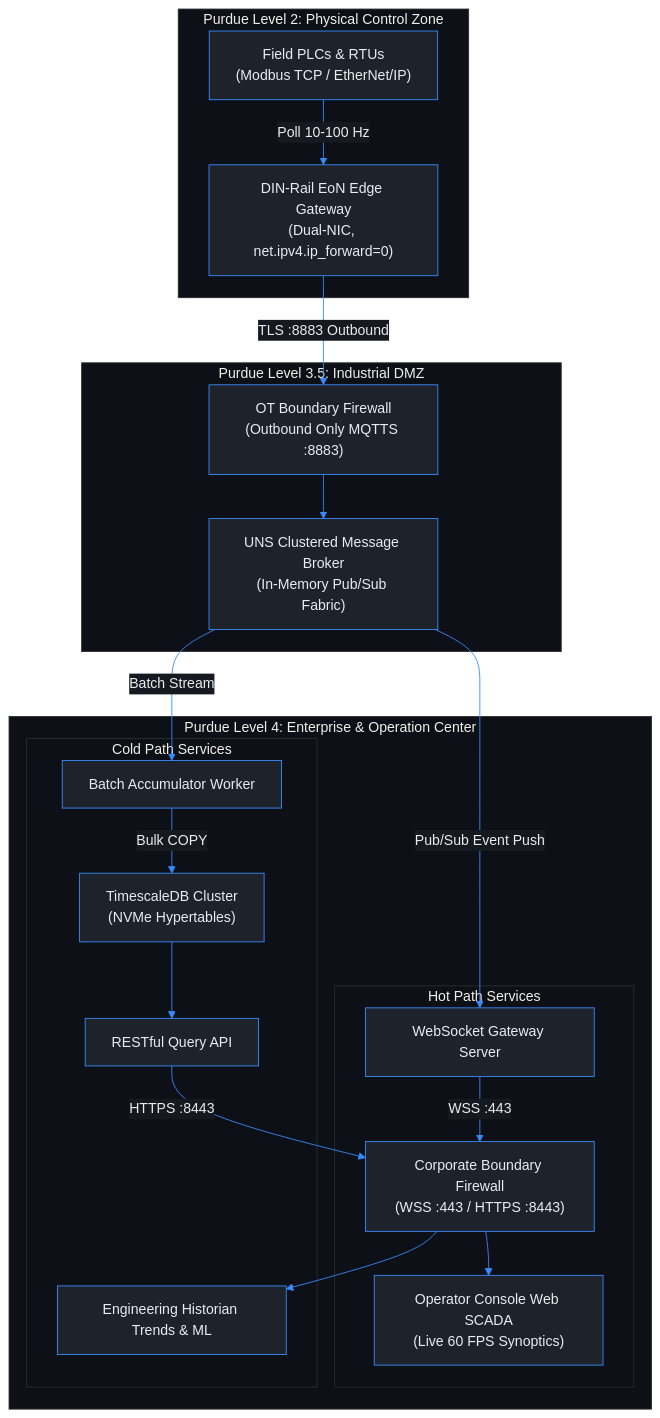
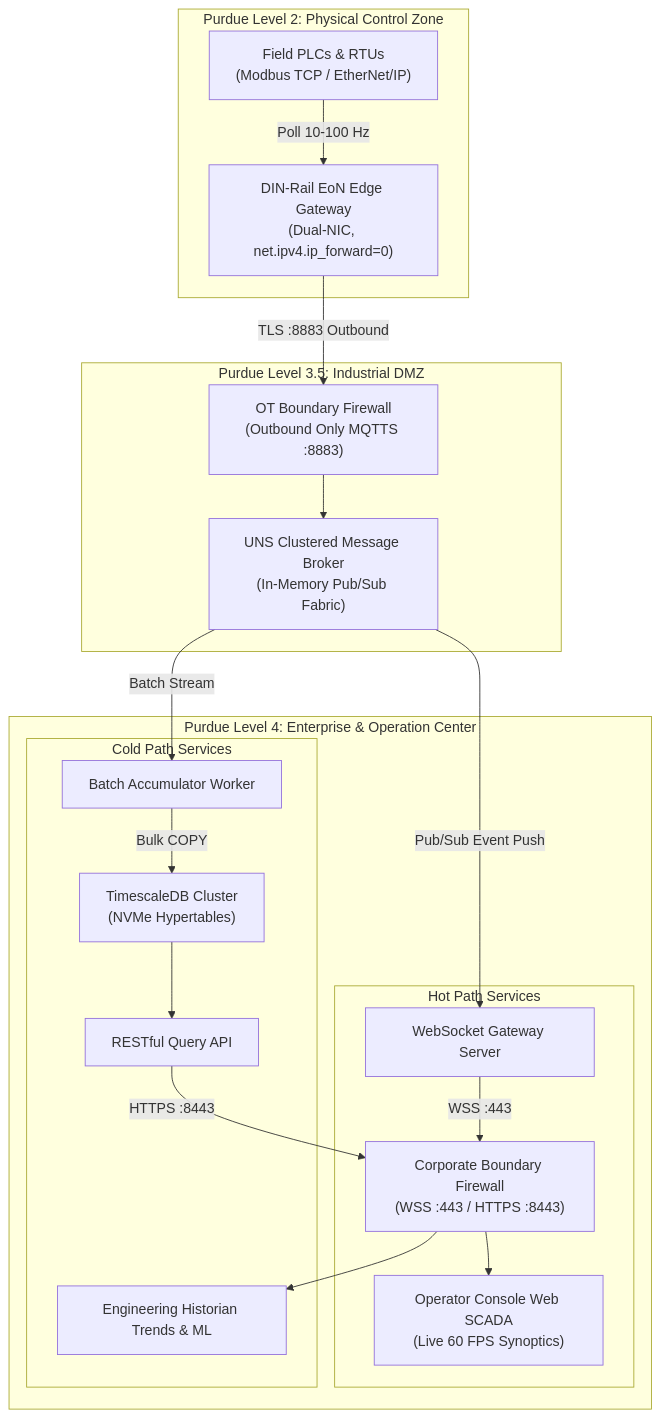
The second of 2 diagrams in docs/00-Domain-Mastery/lessons/19-Hot-Path-vs-Cold-Path-Pipelines.md (Novav20/The-Meridian-Grid), drawn with Mermaid before and after one commit. The commit also changed other lines of this file and 15 other files, not shown here.

Commit message:
Clean up Mermaid lesson diagrams

````diff
--- a/docs/00-Domain-Mastery/lessons/19-Hot-Path-vs-Cold-Path-Pipelines.md
+++ b/docs/00-Domain-Mastery/lessons/19-Hot-Path-vs-Cold-Path-Pipelines.md
@@ -174,51 +160,37 @@
 ```mermaid
-%%{init: {
-  'theme': 'base',
-  'themeVariables': {
-    'darkMode': true,
-    'primaryColor': '#1E222B',
-    'primaryTextColor': '#E6EDF3',
-    'primaryBorderColor': '#388BFD',
-    'lineColor': '#388BFD',
-    'secondaryColor': '#16191F',
-    'tertiaryColor': '#0D1117',
-    'edgeLabelBackground': '#16191F'
-  },
-  'themeCSS': '.edgeLabel { color: #E6EDF3 !important; } .edgeLabel rect { fill: #16191F !important; } .label { color: #E6EDF3 !important; } .cluster-label span { color: #E6EDF3 !important; }'
-}}%%
 flowchart TD
     subgraph L2 [Purdue Level 2: Physical Control Zone]
         PLC["Field PLCs & RTUs<br/>(Modbus TCP / EtherNet/IP)"]
         EoN["DIN-Rail EoN Edge Gateway<br/>(Dual-NIC, net.ipv4.ip_forward=0)"]
         PLC -->|Poll 10-100 Hz| EoN
     end
 
     subgraph IDMZ [Purdue Level 3.5: Industrial DMZ]
         FW1["OT Boundary Firewall<br/>(Outbound Only MQTTS :8883)"]
         Broker["UNS Clustered Message Broker<br/>(In-Memory Pub/Sub Fabric)"]
         EoN -->|TLS :8883 Outbound| FW1 --> Broker
     end
 
     subgraph L4 [Purdue Level 4: Enterprise & Operation Center]
         FW2["Corporate Boundary Firewall<br/>(WSS :443 / HTTPS :8443)"]
         
         subgraph HotPathApp [Hot Path Services]
             WSS["WebSocket Gateway Server"]
             HMI["Operator Console Web SCADA<br/>(Live 60 FPS Synoptics)"]
             Broker -->|Pub/Sub Event Push| WSS
             WSS -->|WSS :443| FW2 --> HMI
         end
 
         subgraph ColdPathApp [Cold Path Services]
             BatchWorker["Batch Accumulator Worker"]
             TSDB["TimescaleDB Cluster<br/>(NVMe Hypertables)"]
             REST["RESTful Query API"]
             Trends["Engineering Historian Trends & ML"]
             
             Broker -->|Batch Stream| BatchWorker
             BatchWorker -->|Bulk COPY| TSDB
             TSDB --> REST
             REST -->|HTTPS :8443| FW2 --> Trends
         end
     end
 ```
````
